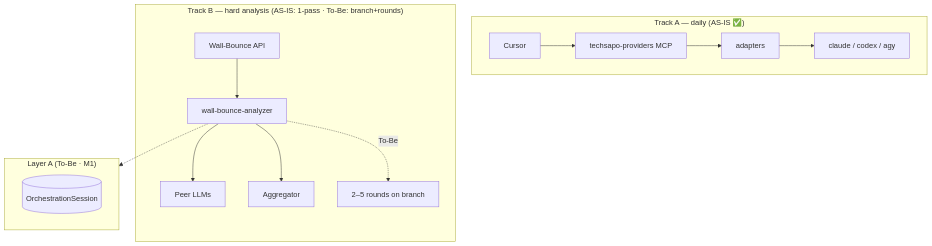
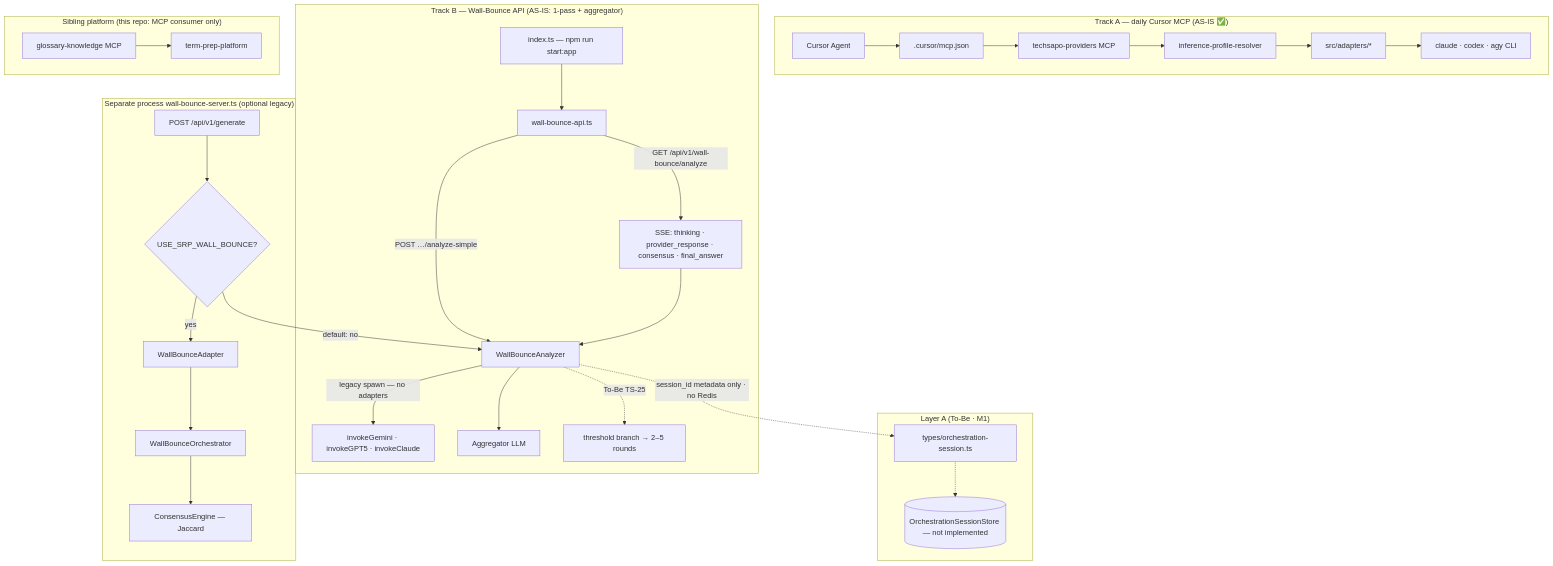
The diagram in README_en.md (wombat2006/techdev-cursor), drawn with Mermaid before and after one commit. The commit also changed other lines of this file and 16 other files, not shown here.

First line of the commit message:
docs: TS-26 CLI metadata ADR and code-accurate README architecture

````diff
--- a/README_en.md
+++ b/README_en.md
@@ -92,20 +95,40 @@
 ```mermaid
 flowchart TB
-  subgraph trackA["Track A — daily (AS-IS ✅)"]
-    CUR[Cursor] --> MCP[techsapo-providers MCP]
-    MCP --> AD[adapters] --> CLI[claude / codex / agy]
+  subgraph trackA["Track A — daily Cursor MCP (AS-IS ✅)"]
+    CUR[Cursor Agent] --> CFG[".cursor/mcp.json"]
+    CFG --> MCP[techsapo-providers MCP]
+    MCP --> RESOLVE[inference-profile-resolver]
+    RESOLVE --> AD[src/adapters/*]
+    AD --> CLI[claude · codex · agy CLI]
   end
 
-  subgraph trackB["Track B — hard analysis (AS-IS: 1-pass · To-Be: branch+rounds)"]
-    API[Wall-Bounce API] --> WBA[wall-bounce-analyzer]
-    WBA --> PEER[Peer LLMs]
-    WBA --> AGG[Aggregator]
-    WBA -.->|To-Be| ROUNDS[2–5 rounds on branch]
+  subgraph trackB["Track B — Wall-Bounce API (AS-IS: 1-pass + aggregator)"]
+    IDX["index.ts — npm run start:app"] --> ROUTES[wall-bounce-api.ts]
+    ROUTES -->|"GET /api/v1/wall-bounce/analyze"| SSE[SSE: thinking · provider_response · consensus · final_answer]
+    ROUTES -->|"POST …/analyze-simple"| WBA[WallBounceAnalyzer]
+    SSE --> WBA
+    WBA -->|"legacy spawn — no adapters"| PEER[invokeGemini · invokeGPT5 · invokeClaude]
+    WBA --> AGG[Aggregator LLM]
+    WBA -.->|"To-Be TS-25"| LOOP[threshold branch → 2–5 rounds]
+  end
+
+  subgraph altSRP["Separate process wall-bounce-server.ts (optional legacy)"]
+    WBS["POST /api/v1/generate"] --> FLAG{USE_SRP_WALL_BOUNCE?}
+    FLAG -->|"default: no"| WBA
+    FLAG -->|yes| ADP[WallBounceAdapter]
+    ADP --> ORCH[WallBounceOrchestrator]
+    ORCH --> CE[ConsensusEngine — Jaccard]
+  end
+
+  subgraph platform["Sibling platform (this repo: MCP consumer only)"]
+    GK[glossary-knowledge MCP] --> TPP[term-prep-platform]
   end
 
   subgraph mem["Layer A (To-Be · M1)"]
-    REDIS[(OrchestrationSession)]
+    TYPES[types/orchestration-session.ts]
+    STORE[(OrchestrationSessionStore — not implemented)]
+    TYPES -.-> STORE
   end
 
-  WBA -.-> mem
+  WBA -.->|"session_id metadata only · no Redis"| TYPES
 ```
````
